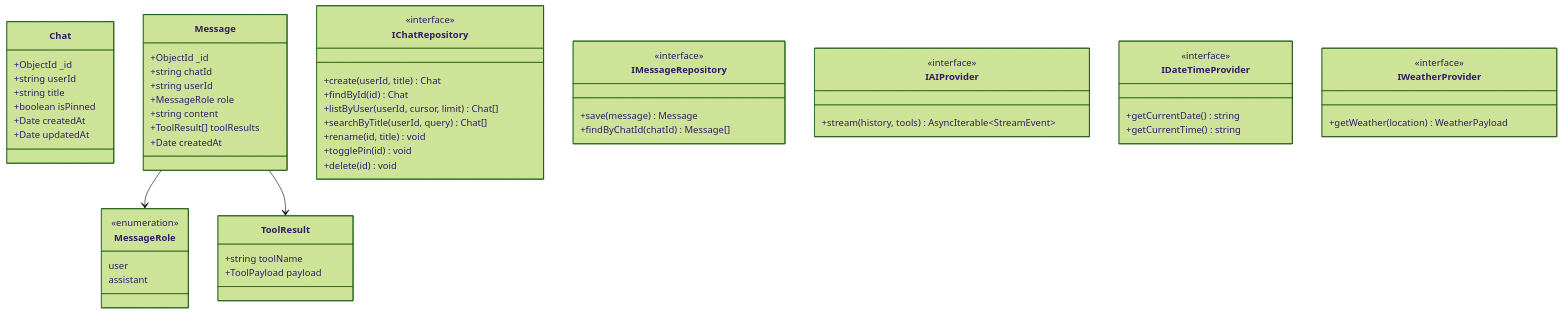
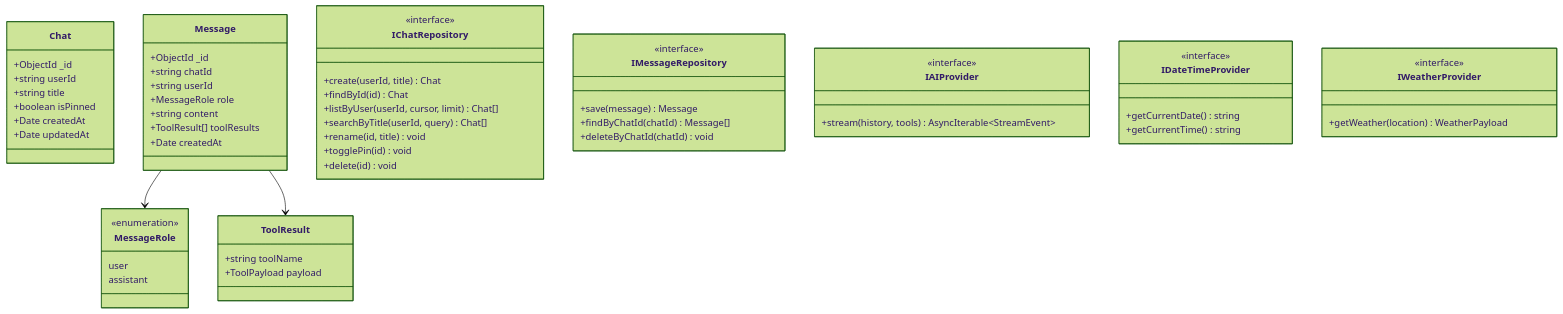
The second of 10 diagrams in openspec/diagrams.md (Gabi-Einz/ai-assistant), drawn with Mermaid (forest theme) before and after one commit. The commit also changed other lines of this file, not shown here.

Commit message:
update diagrams

````diff
--- a/openspec/diagrams.md
+++ b/openspec/diagrams.md
@@ -57,68 +57,69 @@
 ```mermaid
 classDiagram
     class Chat {
         +ObjectId _id
         +string userId
         +string title
         +boolean isPinned
         +Date createdAt
         +Date updatedAt
     }
 
     class Message {
         +ObjectId _id
         +string chatId
         +string userId
         +MessageRole role
         +string content
         +ToolResult[] toolResults
         +Date createdAt
     }
 
     class MessageRole {
         <<enumeration>>
         user
         assistant
     }
 
     class ToolResult {
         +string toolName
         +ToolPayload payload
     }
 
     class IChatRepository {
         <<interface>>
         +create(userId, title) Chat
         +findById(id) Chat
         +listByUser(userId, cursor, limit) Chat[]
         +searchByTitle(userId, query) Chat[]
         +rename(id, title) void
         +togglePin(id) void
         +delete(id) void
     }
 
     class IMessageRepository {
         <<interface>>
         +save(message) Message
         +findByChatId(chatId) Message[]
+        +deleteByChatId(chatId) void
     }
 
     class IAIProvider {
         <<interface>>
         +stream(history, tools) AsyncIterable~StreamEvent~
     }
 
     class IDateTimeProvider {
         <<interface>>
         +getCurrentDate() string
         +getCurrentTime() string
     }
 
     class IWeatherProvider {
         <<interface>>
         +getWeather(location) WeatherPayload
     }
 
     Message --> MessageRole
     Message --> ToolResult
 ```
````
